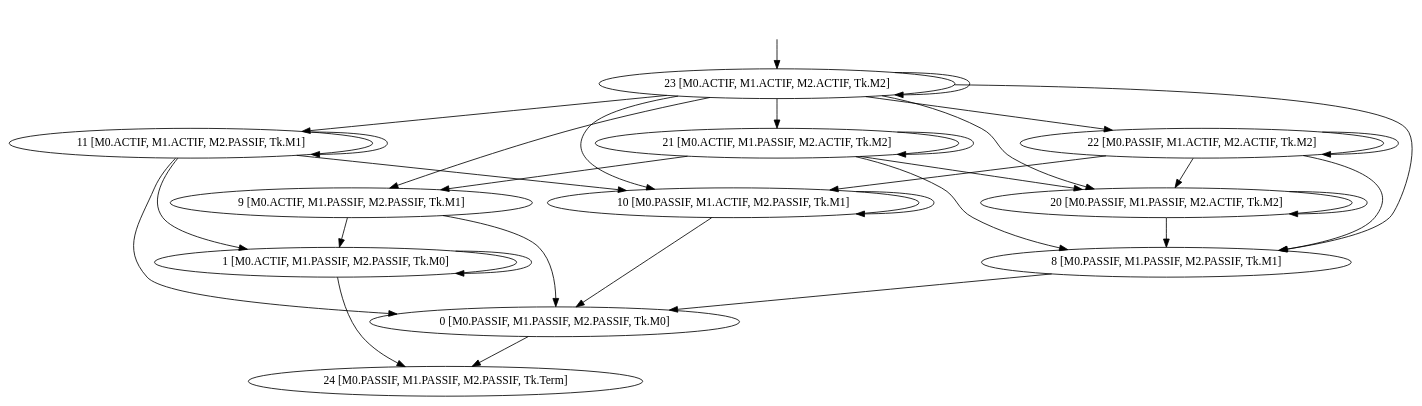
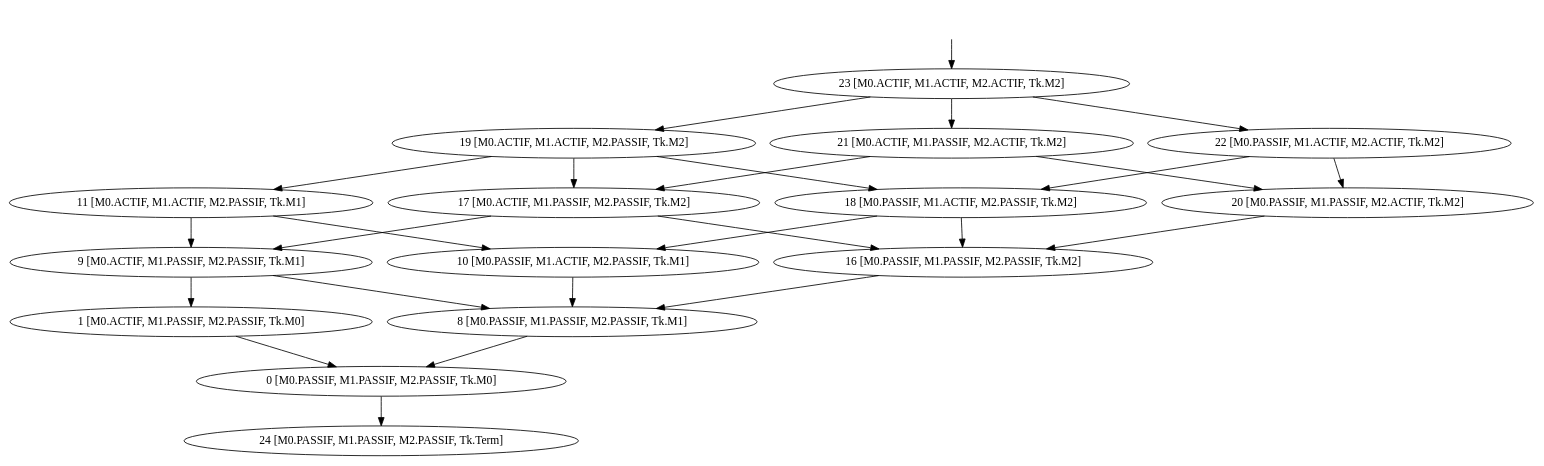
The diagram in projet/systeme_algo1.dot (Lanes6/verif), drawn with Graphviz before and after one commit. The commit also changed 13 other files, not shown here.

```diff
--- a/projet/systeme_algo1.dot
+++ b/projet/systeme_algo1.dot
@@ -1,45 +1,43 @@
 digraph system {
 _23[label="", shape=none ];
 _23->23;
 23 [label= "23 [M0.ACTIF, M1.ACTIF, M2.ACTIF, Tk.M2]"];
 11 [label= "11 [M0.ACTIF, M1.ACTIF, M2.PASSIF, Tk.M1]"];
+19 [label= "19 [M0.ACTIF, M1.ACTIF, M2.PASSIF, Tk.M2]"];
 21 [label= "21 [M0.ACTIF, M1.PASSIF, M2.ACTIF, Tk.M2]"];
 1 [label= "1 [M0.ACTIF, M1.PASSIF, M2.PASSIF, Tk.M0]"];
 9 [label= "9 [M0.ACTIF, M1.PASSIF, M2.PASSIF, Tk.M1]"];
+17 [label= "17 [M0.ACTIF, M1.PASSIF, M2.PASSIF, Tk.M2]"];
 22 [label= "22 [M0.PASSIF, M1.ACTIF, M2.ACTIF, Tk.M2]"];
 10 [label= "10 [M0.PASSIF, M1.ACTIF, M2.PASSIF, Tk.M1]"];
+18 [label= "18 [M0.PASSIF, M1.ACTIF, M2.PASSIF, Tk.M2]"];
 20 [label= "20 [M0.PASSIF, M1.PASSIF, M2.ACTIF, Tk.M2]"];
 0 [label= "0 [M0.PASSIF, M1.PASSIF, M2.PASSIF, Tk.M0]"];
 8 [label= "8 [M0.PASSIF, M1.PASSIF, M2.PASSIF, Tk.M1]"];
+16 [label= "16 [M0.PASSIF, M1.PASSIF, M2.PASSIF, Tk.M2]"];
 24 [label= "24 [M0.PASSIF, M1.PASSIF, M2.PASSIF, Tk.Term]"];
-23->23 [label= ""];
-23->11 [label= ""];
-11->11 [label= ""];
+23->19 [label= ""];
+19->11 [label= ""];
 23->21 [label= ""];
-23->9 [label= ""];
-11->1 [label= ""];
-21->21 [label= ""];
-21->9 [label= ""];
-1->1 [label= ""];
+11->9 [label= ""];
+19->17 [label= ""];
+21->17 [label= ""];
 9->1 [label= ""];
+17->9 [label= ""];
 23->22 [label= ""];
-23->10 [label= ""];
 11->10 [label= ""];
-23->20 [label= ""];
-23->8 [label= ""];
-11->0 [label= ""];
+19->18 [label= ""];
 21->20 [label= ""];
-21->8 [label= ""];
-9->0 [label= ""];
-1->24 [label= ""];
-22->22 [label= ""];
-22->10 [label= ""];
-10->10 [label= ""];
+9->8 [label= ""];
+17->16 [label= ""];
+1->0 [label= ""];
+22->18 [label= ""];
+18->10 [label= ""];
 22->20 [label= ""];
-22->8 [label= ""];
-10->0 [label= ""];
-20->20 [label= ""];
-20->8 [label= ""];
+10->8 [label= ""];
+18->16 [label= ""];
+20->16 [label= ""];
 8->0 [label= ""];
+16->8 [label= ""];
 0->24 [label= ""];
 }
```
